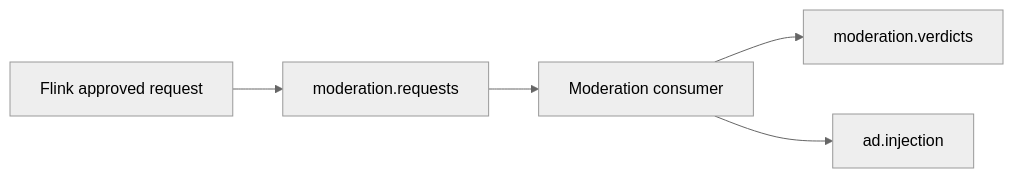
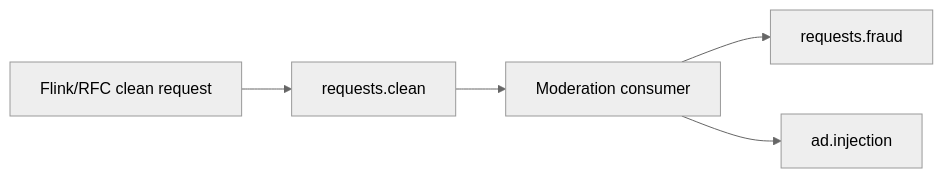
The diagram in docs/moderation_pipeline_plan.md (IamMistake/ai-ad-request-safety-pipeline), drawn with Mermaid (neutral theme) before and after one commit. The commit also changed other lines of this file and 27 other files, not shown here.

Commit message:
document new architecture phase one

````diff
--- a/docs/moderation_pipeline_plan.md
+++ b/docs/moderation_pipeline_plan.md
@@ -7,7 +7,7 @@
 ```mermaid
 flowchart LR
-    A[Flink approved request] --> B[moderation.requests]
+    A[Flink/RFC clean request] --> B[requests.clean]
     B --> C[Moderation consumer]
-    C --> D[moderation.verdicts]
+    C --> D[requests.fraud]
     C --> E[ad.injection]
 ```
````
